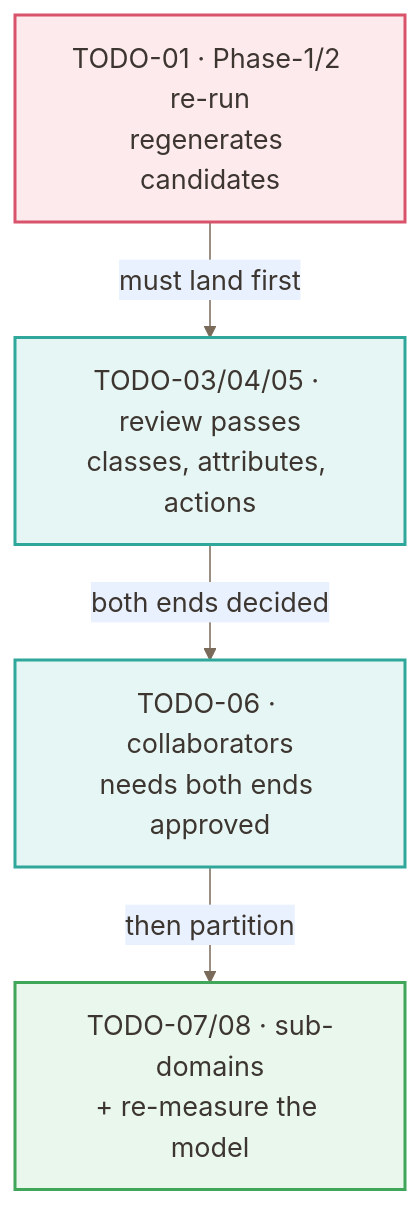
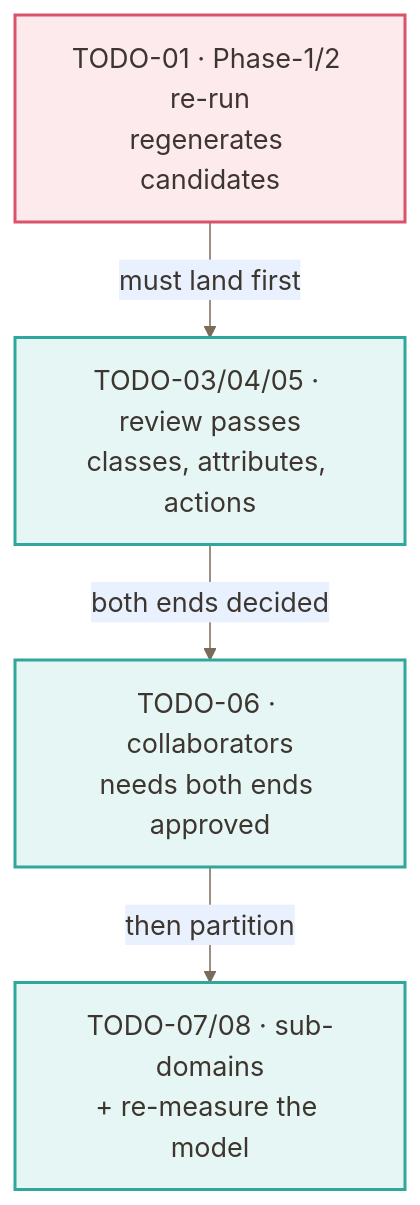
The first of 2 diagrams in TODO.md (joerg-rade/domox), drawn with Mermaid before and after one commit. The commit also changed other lines of this file and 7 other files, not shown here.

````diff
--- a/TODO.md
+++ b/TODO.md
@@ -128,20 +161,19 @@
 ```mermaid
 %%{init: {'theme':'base','themeVariables':{'fontSize':'18px','primaryColor':'#FFF4E5','primaryTextColor':'#3D3630','primaryBorderColor':'#E8A33D','lineColor':'#7A6A5A','secondaryColor':'#E8F1FD','tertiaryColor':'#F0EBFB','clusterBkg':'#FBF7F1','clusterBorder':'#E0D3C0','background':'#FFFFFF'}}}%%
 %% C4 level 2 (container) — the ordering constraint between the open work streams.
 %% Deliberately ONE column, not a fan-out: a wide diagram is shrunk to unreadable in a narrow
 %% viewer.  Every node carries an explicit classDef — an UNSTYLED box renders dark-on-dark in the
 %% IntelliJ Cline plugin, whatever the init theme says.  See docs/formatting/readability-guide.md.
 flowchart TD
     classDef gate fill:#FDEAEC,stroke:#D9536B,stroke-width:2px,color:#3D3630
     classDef pass fill:#E6F6F4,stroke:#2FA79B,stroke-width:2px,color:#3D3630
-    classDef done fill:#E9F7EC,stroke:#3FA65A,stroke-width:2px,color:#3D3630
 
     R["TODO-01 · Phase-1/2 re-run<br/>regenerates candidates"]:::gate
     P["TODO-03/04/05 · review passes<br/>classes, attributes, actions"]:::pass
     A["TODO-06 · collaborators<br/>needs both ends approved"]:::pass
-    S["TODO-07/08 · sub-domains<br/>+ re-measure the model"]:::done
+    S["TODO-07/08 · sub-domains<br/>+ re-measure the model"]:::pass
 
     R -->|"must land first"| P
     P -->|"both ends decided"| A
     A -->|"then partition"| S
 ```
````
